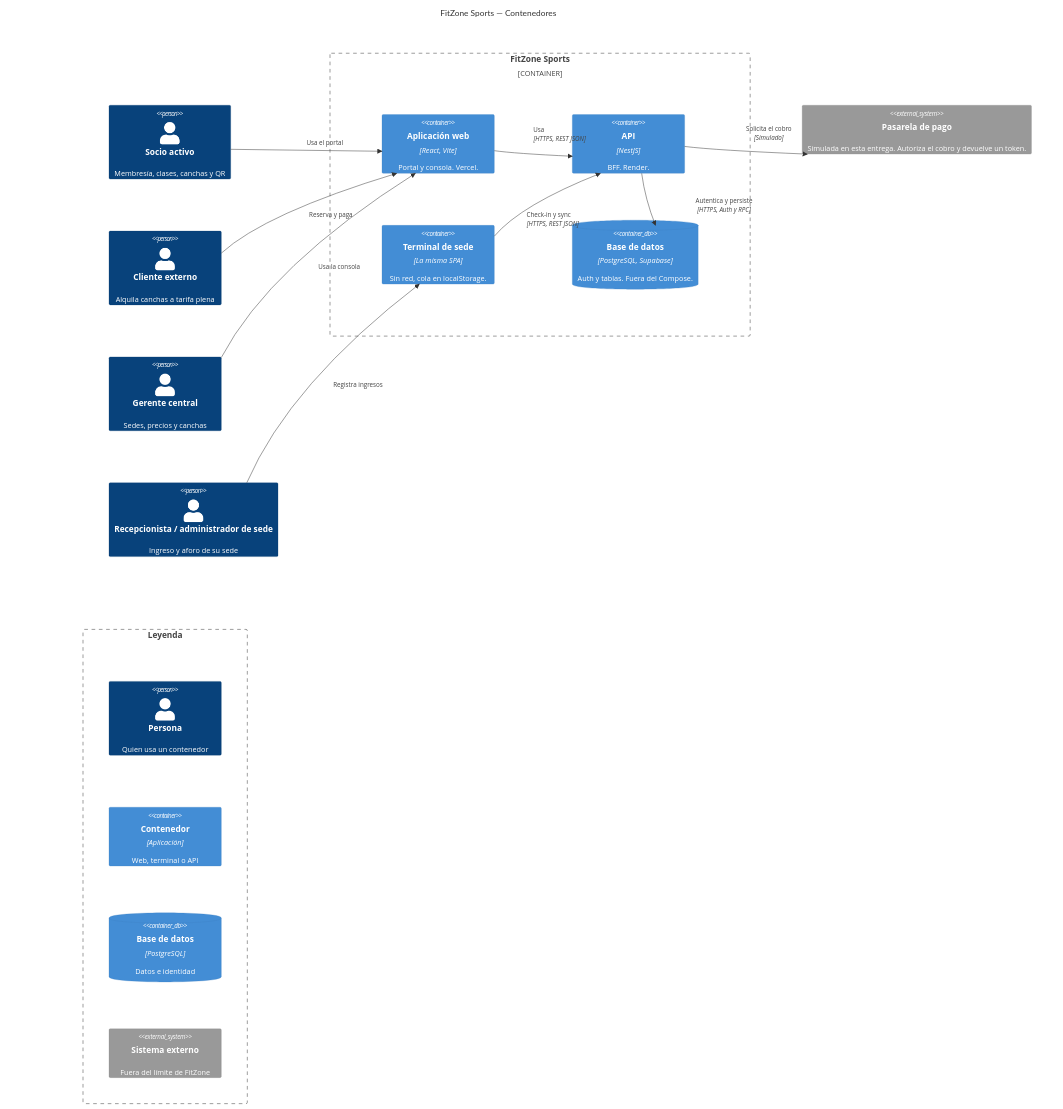
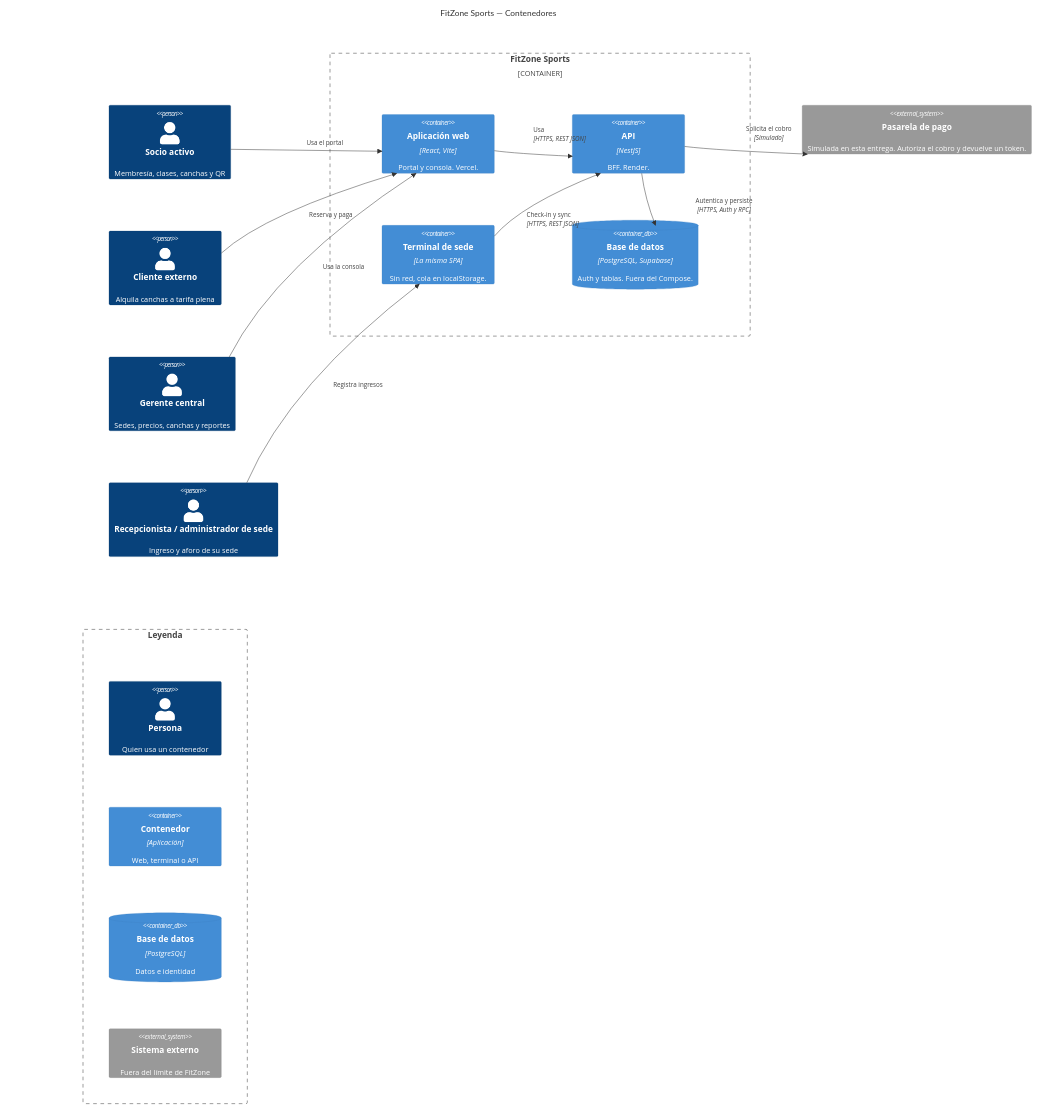
The diagram in docs/diagramas/fuentes/c4-2-contenedores.mmd (PatricioRamos04032000/FitZoneSports), drawn with Mermaid before and after one commit. The commit also changed 35 other files, not shown here.

```diff
--- a/docs/diagramas/fuentes/c4-2-contenedores.mmd
+++ b/docs/diagramas/fuentes/c4-2-contenedores.mmd
@@ -1,65 +1,65 @@
 C4Container
     title FitZone Sports — Contenedores
 
     UpdateLayoutConfig($c4ShapeInRow="1", $c4BoundaryInRow="3")
 
     Boundary(actores, " ", "") {
         Person(socio, "Socio activo", "Membresía, clases, canchas y QR")
         Person(externo, "Cliente externo", "Alquila canchas a tarifa plena")
-        Person(gerente, "Gerente central", "Sedes, precios y canchas")
+        Person(gerente, "Gerente central", "Sedes, precios, canchas y reportes")
         Person(recep, "Recepcionista / administrador de sede", "Ingreso y aforo de su sede")
     }
 
     Container_Boundary(fitzone, "FitZone Sports") {
         Boundary(colIzq, " ", "") {
             Container(web, "Aplicación web", "React, Vite", "Portal y consola. Vercel.")
             Container(terminal, "Terminal de sede", "La misma SPA", "Sin red, cola en localStorage.")
         }
         Boundary(colDer, " ", "") {
             Container(api, "API", "NestJS", "BFF. Render.")
             ContainerDb(db, "Base de datos", "PostgreSQL, Supabase", "Auth y tablas. Fuera del Compose.")
         }
     }
 
     Boundary(afuera, " ", "") {
         System_Ext(pasarela, "Pasarela de pago", "Simulada en esta entrega. Autoriza el cobro y devuelve un token.")
     }
 
     Boundary(leyenda, "Leyenda", "") {
         Person(legPersona, "Persona", "Quien usa un contenedor")
         Container(legCont, "Contenedor", "Aplicación", "Web, terminal o API")
         ContainerDb(legDb, "Base de datos", "PostgreSQL", "Datos e identidad")
         System_Ext(legExt, "Sistema externo", "Fuera del límite de FitZone")
     }
 
     UpdateElementStyle(actores, $bgColor="none", $fontColor="none", $borderColor="none")
     UpdateElementStyle(colIzq, $bgColor="none", $fontColor="none", $borderColor="none")
     UpdateElementStyle(colDer, $bgColor="none", $fontColor="none", $borderColor="none")
     UpdateElementStyle(afuera, $bgColor="none", $fontColor="none", $borderColor="none")
 
     Rel_R(socio, web, "Usa el portal")
     Rel_R(externo, web, "Reserva y paga")
     Rel_R(recep, terminal, "Registra ingresos")
     Rel_R(gerente, web, "Usa la consola")
     Rel_R(web, api, "Usa", "HTTPS, REST JSON")
     Rel_U(terminal, api, "Check-in y sync", "HTTPS, REST JSON")
     Rel_D(api, db, "Autentica y persiste", "HTTPS, Auth y RPC")
     Rel_R(api, pasarela, "Solicita el cobro", "Simulado")
 
     UpdateRelStyle(socio, web, $offsetY="-18")
     UpdateRelStyle(web, api, $offsetY="-48")
     UpdateRelStyle(terminal, api, $offsetX="-40", $offsetY="16")
     UpdateRelStyle(api, db, $offsetX="90")
     UpdateRelStyle(api, pasarela, $offsetY="-44")
 
 %% C4-2 Contenedores — FitZone Sports
 %% Autor: Patricio Ramos
-%% Fecha: 2026-11-10 (etiqueta del gerente, 2026-11-14, C-29)
+%% Fecha: 2026-11-10 (etiqueta del gerente, 2026-11-14, C-29; reportes, 2026-11-18, C-39)
 %% Versión: 1.1
 %% El límite es el Container_Boundary FitZone Sports. Las personas y la pasarela quedan afuera.
 %% El Compose (C-07, ADR-009) empaqueta solo la web y la API. La base sigue en Supabase.
 %% Sin red, el terminal no llama a la API: la cola queda en el navegador.
 %% La pasarela de esta entrega no es un proveedor real: el adaptador corre dentro de la API. ADR-010.
 %% La flecha API → base es HTTPS: Supabase Auth y RPC.
 %% FitZone queda a la derecha de las personas, en grilla de dos por dos.
 %% La pasarela queda a la derecha de FitZone. La leyenda es el bloque de abajo.
```
